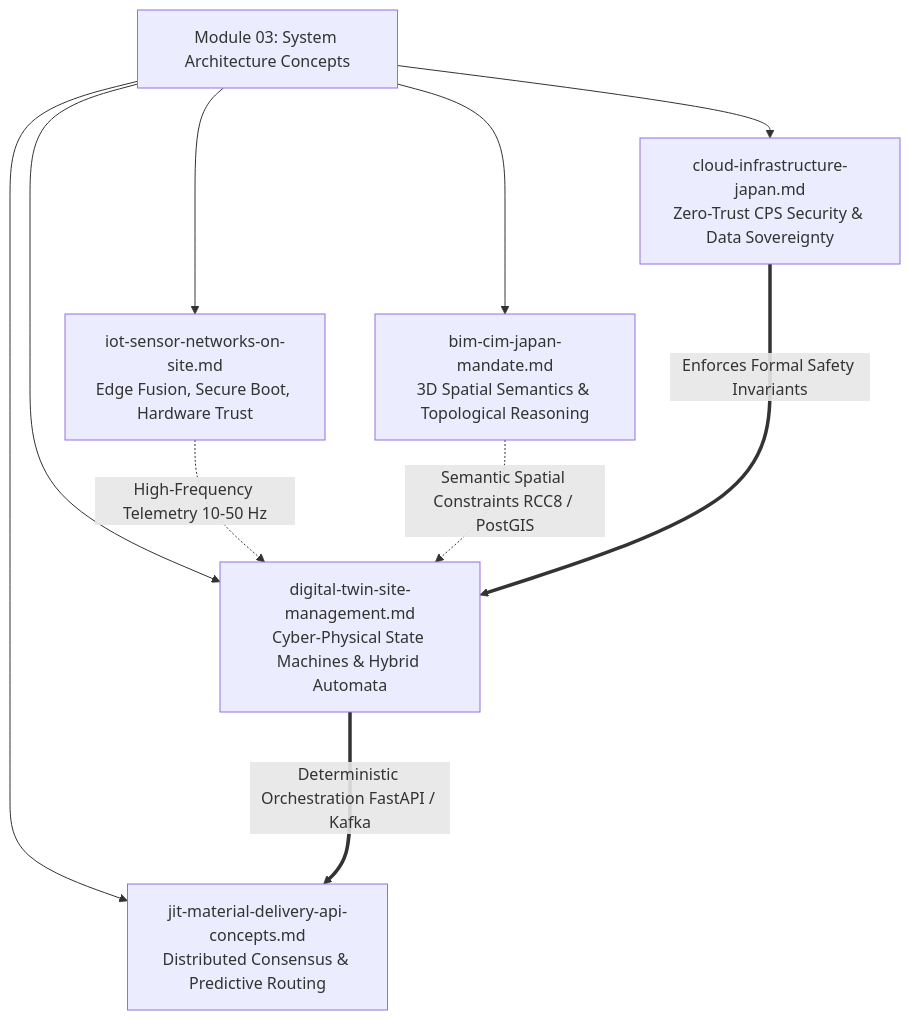
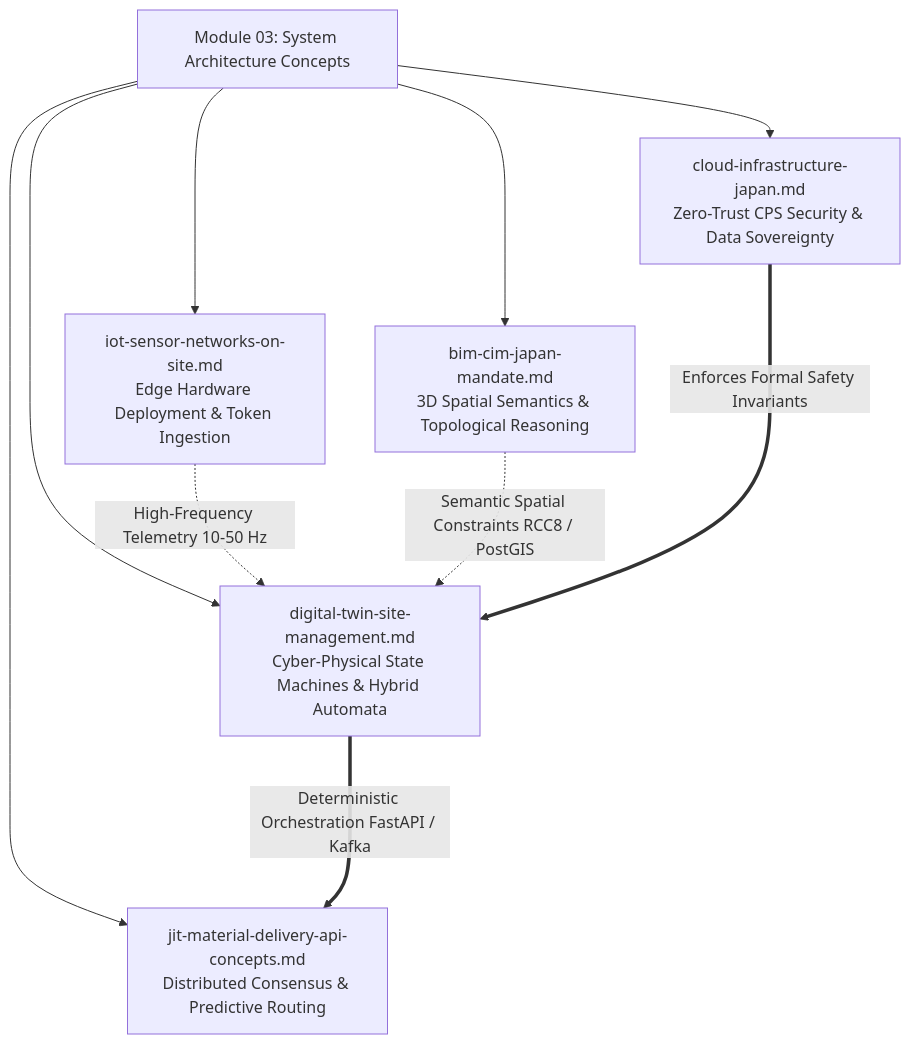
The diagram in 03_System_Architecture_Concepts/README.md (aomori753/construction-logistics-dx-japan), drawn with Mermaid before and after one commit. The commit also changed other lines of this file, not shown here.

````diff
--- a/03_System_Architecture_Concepts/README.md
+++ b/03_System_Architecture_Concepts/README.md
@@ -164,15 +164,15 @@
 ```mermaid
 graph TD
     M3["Module 03: System Architecture Concepts"]
 
     M3 --> D1["digital-twin-site-management.md<br>Cyber-Physical State Machines & Hybrid Automata"]
     M3 --> D2["bim-cim-japan-mandate.md<br>3D Spatial Semantics & Topological Reasoning"]
     M3 --> D3["jit-material-delivery-api-concepts.md<br>Distributed Consensus & Predictive Routing"]
     M3 --> D4["cloud-infrastructure-japan.md<br>Zero-Trust CPS Security & Data Sovereignty"]
-    M3 --> D5["iot-sensor-networks-on-site.md<br>Edge Fusion, Secure Boot, Hardware Trust"]
+    M3 --> D5["iot-sensor-networks-on-site.md<br>Edge Hardware Deployment & Token Ingestion"]
 
     D5 -.->|High-Frequency Telemetry 10-50 Hz| D1
     D2 -.->|Semantic Spatial Constraints RCC8 / PostGIS| D1
     D1 ===>|Deterministic Orchestration FastAPI / Kafka| D3
     D4 ===>|Enforces Formal Safety Invariants| D1
 ```
````
